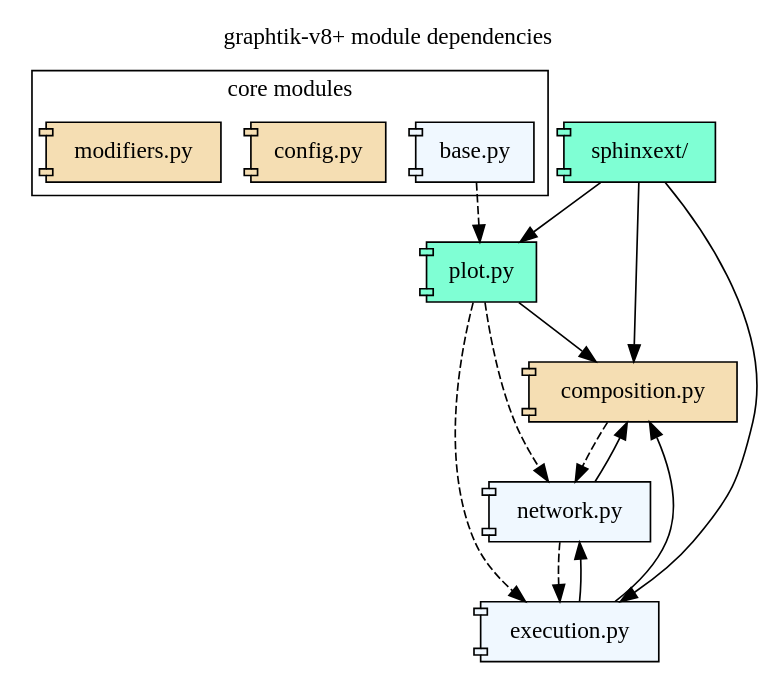
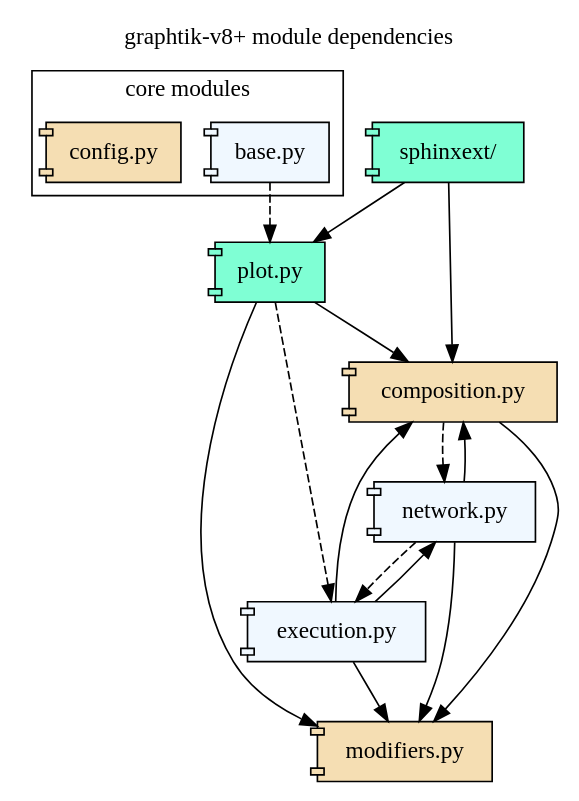
Before and after one commit to wgmo/graphtik: the diagram in docs/GraphtikModuleDependencies.dot, drawn with Graphviz. The commit also changed 1 other file, not shown here.

```diff
--- a/docs/GraphtikModuleDependencies.dot
+++ b/docs/GraphtikModuleDependencies.dot
@@ -1,53 +1,54 @@
 # Render it manually with this command, and remember to update result in git:
 #
 #   dot docs/GraphtikFlowchart.dot -Tsvg -odocs/source/images/GraphtikFlowchart-vX.Y.Z.svg
 #
 digraph {
     label="graphtik-v8+ module dependencies";
     labelloc=t;
     node [style=filled];
 
     subgraph cluster_core {
          label="core modules";
+         tooltip="most modules depend on them";
         "base.py"   [shape=component
                     tooltip="(implicit) everything imports this module"
                     fillcolor=AliceBlue
                     URL="reference.html#module-graphtik.base"];
         "config.py"      [shape=component tooltip="(public)"
                     fillcolor=wheat
                     URL="reference.html#module-graphtik.config"];
-        "modifiers.py"   [shape=component
-                 tooltip="(public) almost everything imports this module"
-                 fillcolor=wheat
-                 URL="reference.html#module-graphtik.modifiers"];
     }
+    "modifiers.py"   [shape=component
+                tooltip="(public) almost everything imports this module"
+                fillcolor=wheat
+                URL="reference.html#module-graphtik.modifiers"];
     "composition.py"    [shape=component
                 tooltip="(public)"
                 fillcolor=wheat
-                 URL="reference.html#module-graphtik.op"];
+                 URL="reference.html#module-graphtik.composition"];
     "network.py"     [shape=component
                 tooltip="(private)"
                  fillcolor=AliceBlue
                  URL="reference.html#module-graphtik.network"];
     "execution.py"   [shape=component
                 tooltip="(private)"
                  fillcolor=AliceBlue
                  URL="reference.html#module-graphtik.execution"];
     "plot.py"        [shape=component
                 tooltip="(extra)"
                  fillcolor=Aquamarine
                  URL="reference.html#module-graphtik.plot"];
     "sphinxext/"   [shape=component
                 tooltip="(extra)"
                  fillcolor=Aquamarine
                  URL="reference.html#module-graphtik.sphinxext"];
 
-    {"network.py", "execution.py", "plot.py", "sphinxext/"} -> "composition.py" [
-                tooltip="(import-time)"];
+    {"composition.py", "network.py", "execution.py", "plot.py"} -> "modifiers.py" [tooltip="(import-time)"];
+    {"network.py", "execution.py", "plot.py", "sphinxext/"} -> "composition.py" [tooltip="(import-time)"];
     "base.py" -> "plot.py" [tooltip="(run-time)" style=dashed];
     "execution.py" -> "network.py"    [tooltip="(import-time)"];
     "network.py" -> "execution.py"    [tooltip="(run-time)" style=dashed];
     "composition.py" -> "network.py"        [tooltip="(run-time)" style=dashed];
-    "plot.py" -> {"network.py", "execution.py"}    [tooltip="(run-time)" style=dashed];
-    "sphinxext/" -> {"plot.py", "execution.py"}    [tooltip="(import-time)"];
+    "plot.py" -> "execution.py"    [tooltip="(run-time) " style=dashed];
+    "sphinxext/" -> "plot.py"    [tooltip="(import-time)"];
 }
```
